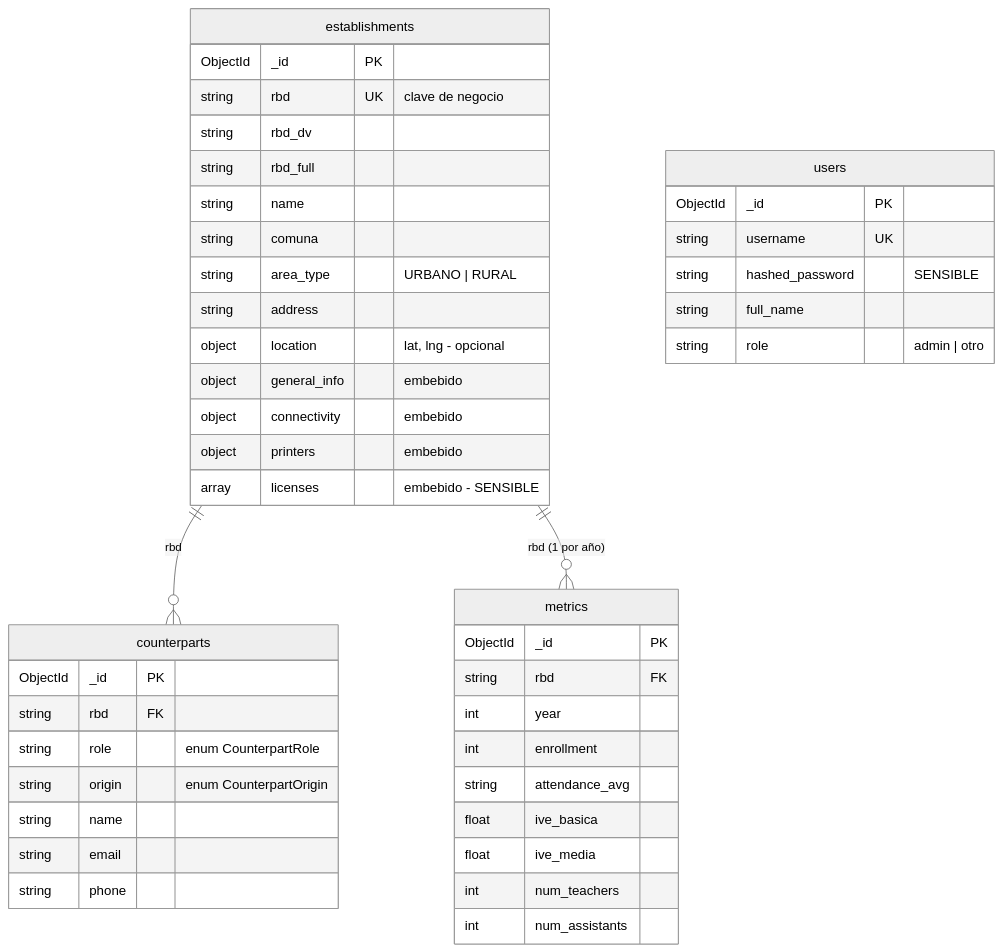
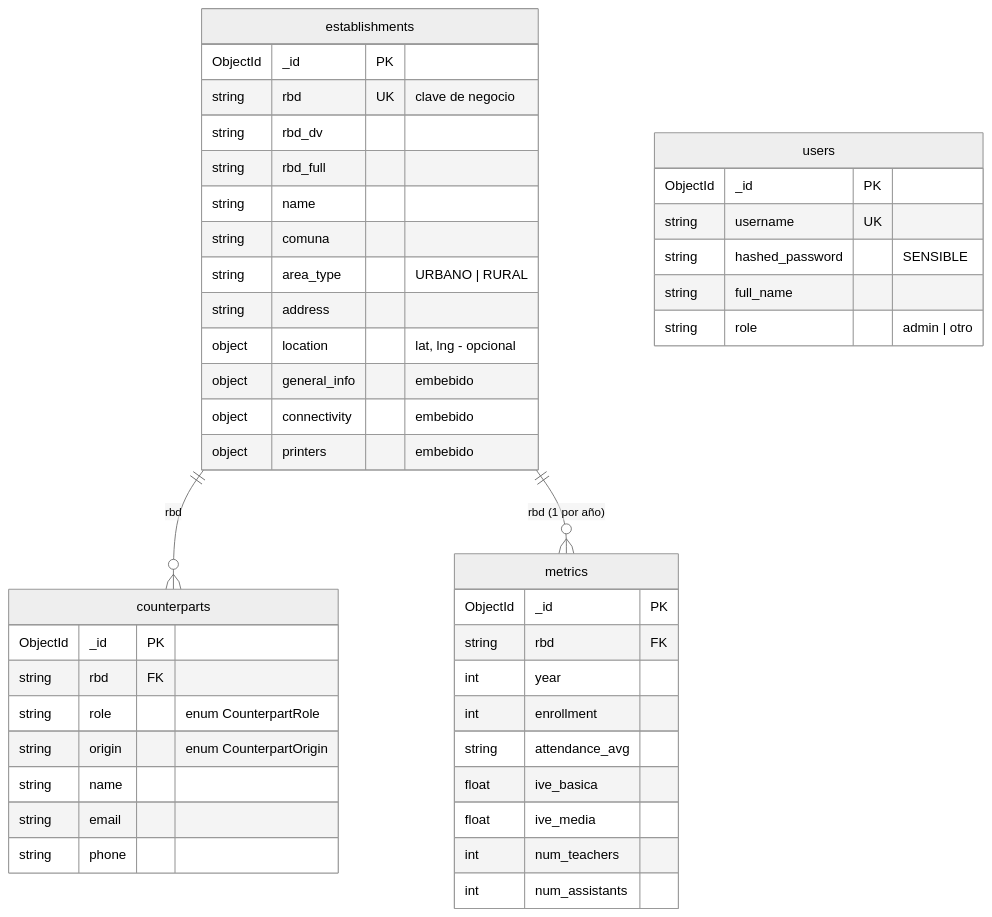
Before and after one commit to TomasManriquez/Gestion-de-establecimientos: the first of 6 diagrams in Documentacion/02-modelo-datos.md, drawn with Mermaid (neutral theme). The commit also changed other lines of this file and 20 other files, not shown here.

````diff
--- a/Documentacion/02-modelo-datos.md
+++ b/Documentacion/02-modelo-datos.md
@@ -18,48 +18,47 @@
 ```mermaid
 erDiagram
     establishments {
         ObjectId _id PK
         string rbd UK "clave de negocio"
         string rbd_dv
         string rbd_full
         string name
         string comuna
         string area_type "URBANO | RURAL"
         string address
         object location "lat, lng - opcional"
         object general_info "embebido"
         object connectivity "embebido"
         object printers "embebido"
-        array licenses "embebido - SENSIBLE"
     }
     counterparts {
         ObjectId _id PK
         string rbd FK
         string role "enum CounterpartRole"
         string origin "enum CounterpartOrigin"
         string name
         string email
         string phone
     }
     metrics {
         ObjectId _id PK
         string rbd FK
         int year
         int enrollment
         string attendance_avg
         float ive_basica
         float ive_media
         int num_teachers
         int num_assistants
     }
     users {
         ObjectId _id PK
         string username UK
         string hashed_password "SENSIBLE"
         string full_name
         string role "admin | otro"
     }
 
     establishments ||--o{ counterparts : "rbd"
     establishments ||--o{ metrics : "rbd (1 por año)"
 ```
````
